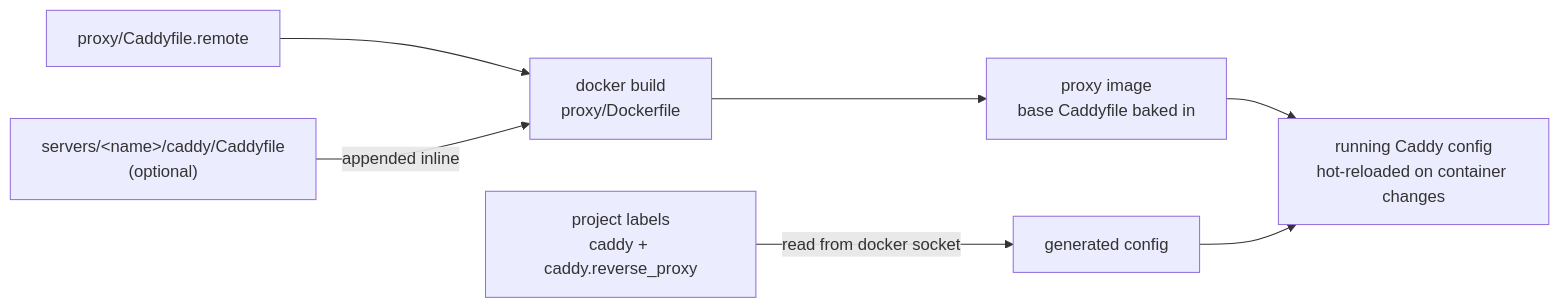
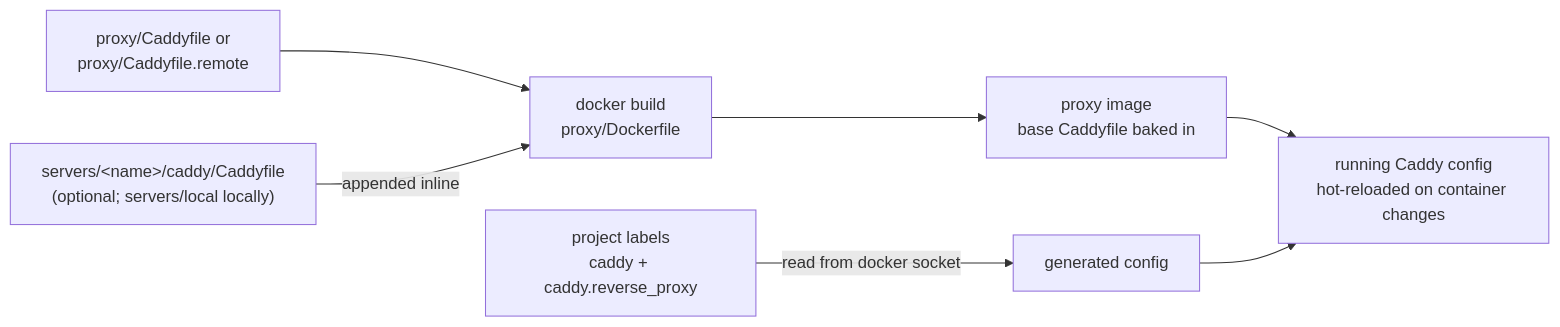
Before and after one commit to rijuma/hubbify: the second of 4 diagrams in docs/architecture.md, drawn with Mermaid. The commit also changed other lines of this file and 8 other files, not shown here.

Commit message:
feat: append servers/local/caddy/Caddyfile to the local base Caddyfile

````diff
--- a/docs/architecture.md
+++ b/docs/architecture.md
@@ -74,9 +80,9 @@
 ```mermaid
 flowchart LR
-    base["proxy/Caddyfile.remote"] --> build["docker build<br/>proxy/Dockerfile"]
-    extras["servers/&lt;name&gt;/caddy/Caddyfile<br/>(optional)"] -->|"appended inline"| build
+    base["proxy/Caddyfile or<br/>proxy/Caddyfile.remote"] --> build["docker build<br/>proxy/Dockerfile"]
+    extras["servers/&lt;name&gt;/caddy/Caddyfile<br/>(optional; servers/local locally)"] -->|"appended inline"| build
     build --> image["proxy image<br/>base Caddyfile baked in"]
     labels["project labels<br/>caddy + caddy.reverse_proxy"] -->|"read from docker socket"| gen["generated config"]
     image --> merged["running Caddy config<br/>hot-reloaded on container changes"]
     gen --> merged
 ```
````
